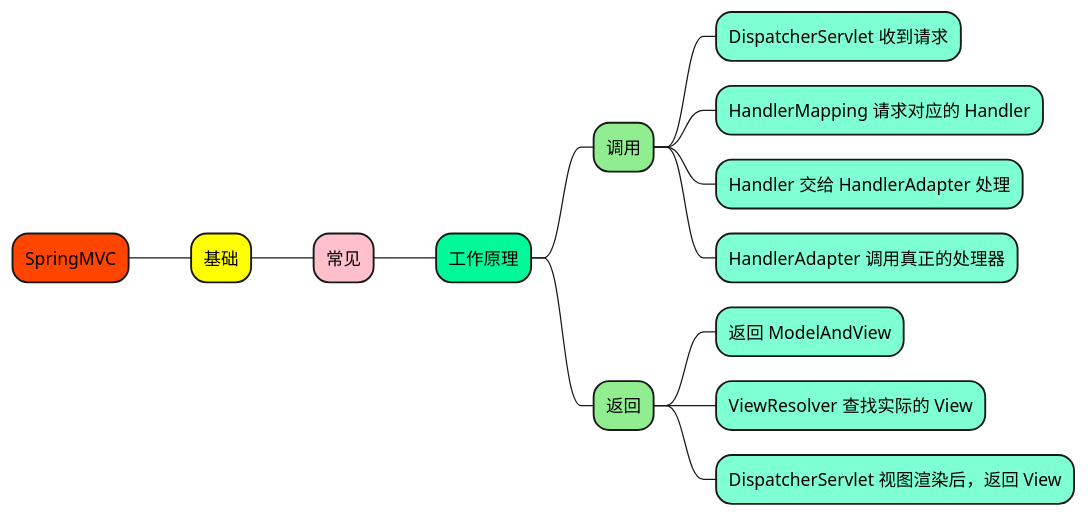
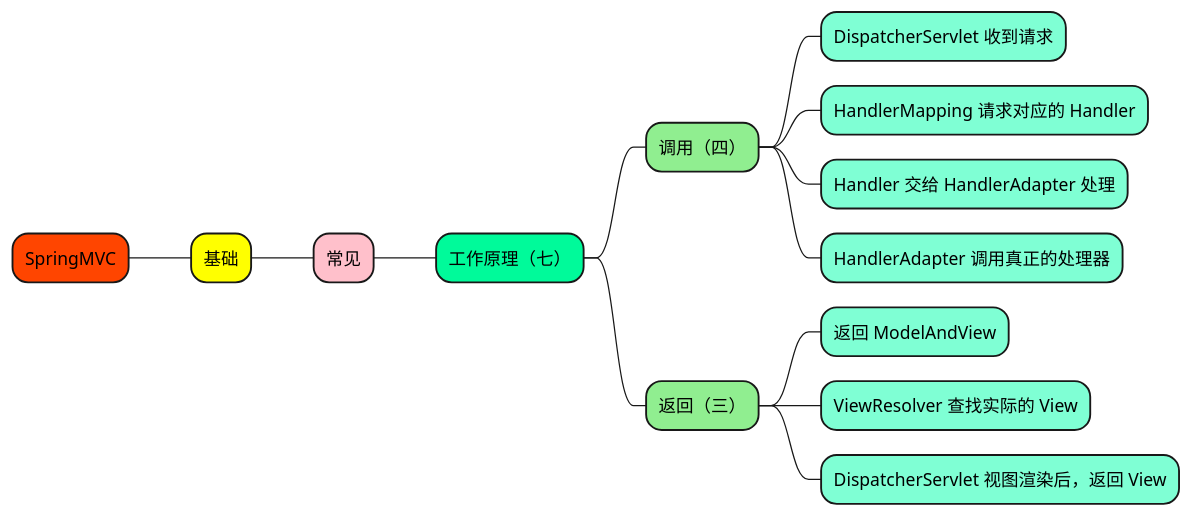
The diagram in 1_map/framework/SpringMVC.puml (doveg/self-cultivation-of-a-software-engineer), drawn with PlantUML before and after one commit. The commit also changed 19 other files, not shown here.

```diff
--- a/1_map/framework/SpringMVC.puml
+++ b/1_map/framework/SpringMVC.puml
@@ -1,21 +1,25 @@
 @startmindmap
 
 +[#OrangeRed] SpringMVC
 
 ++[#yellow] 基础
 
 +++[#Pink] 常见
 
-++++[#MediumSpringGreen] 工作原理
-+++++[#LightGreen] 调用
+++++[#MediumSpringGreen] 工作原理（七）
+
++++++[#LightGreen] 调用（四）
 ++++++[#Aquamarine] DispatcherServlet 收到请求
 ++++++[#Aquamarine] HandlerMapping 请求对应的 Handler
 ++++++[#Aquamarine] Handler 交给 HandlerAdapter 处理
 ++++++[#Aquamarine] HandlerAdapter 调用真正的处理器
-+++++[#LightGreen] 返回
+
++++++[#LightGreen] 返回（三）
 ++++++[#Aquamarine] 返回 ModelAndView
 ++++++[#Aquamarine] ViewResolver 查找实际的 View
 ++++++[#Aquamarine] DispatcherServlet 视图渲染后，返回 View
 
 
+
+
 @endmindmap
```
